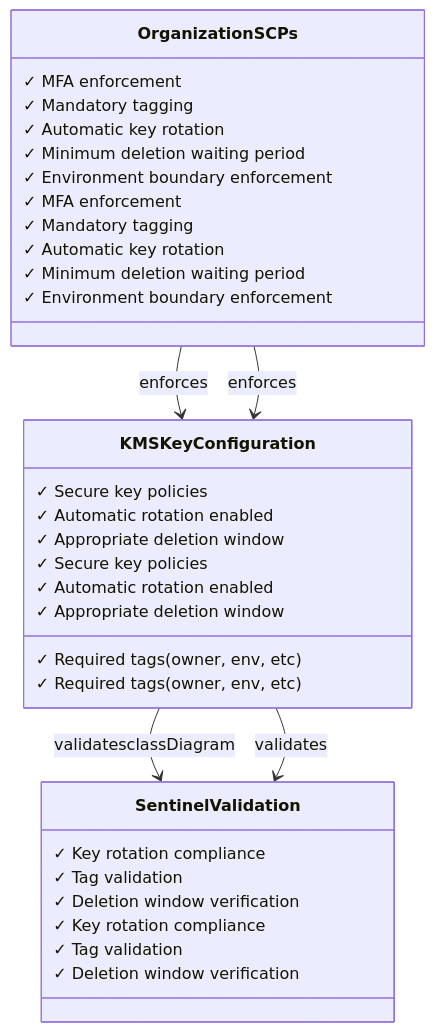
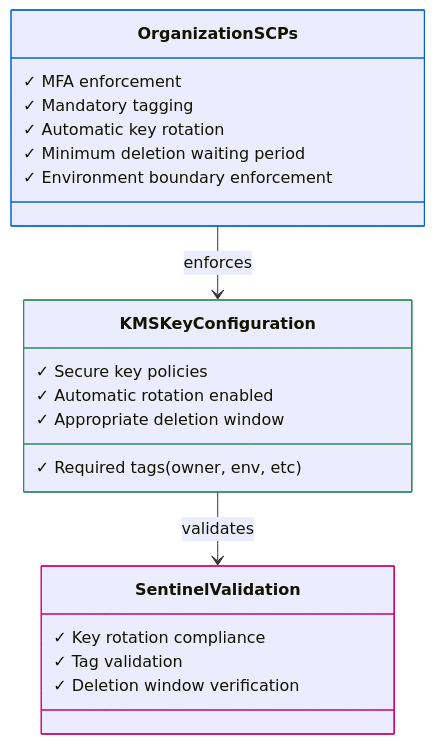
Before and after one commit to Searge/aws_kms: the diagram in kms/README.md, drawn with Mermaid.

Commit message:
fix(docs): Clean up mermaid diagram

````diff
--- a/kms/README.md
+++ b/kms/README.md
@@ -16,49 +16,30 @@
 ```mermaid
 classDiagram
     class OrganizationSCPs {
         ✓ MFA enforcement
         ✓ Mandatory tagging
         ✓ Automatic key rotation
         ✓ Minimum deletion waiting period
         ✓ Environment boundary enforcement
     }
 
     class KMSKeyConfiguration {
         ✓ Secure key policies
         ✓ Required tags (owner, env, etc)
         ✓ Automatic rotation enabled
         ✓ Appropriate deletion window
     }
 
     class SentinelValidation {
         ✓ Key rotation compliance
         ✓ Tag validation
         ✓ Deletion window verification
     }
 
     OrganizationSCPs --> KMSKeyConfiguration : enforces
-    KMSKeyConfiguration --> SentinelValidation : validatesclassDiagram
-    class OrganizationSCPs {
-        ✓ MFA enforcement
-        ✓ Mandatory tagging
-        ✓ Automatic key rotation
-        ✓ Minimum deletion waiting period
-        ✓ Environment boundary enforcement
-    }
+    KMSKeyConfiguration --> SentinelValidation : validates
 
-    class KMSKeyConfiguration {
-        ✓ Secure key policies
-        ✓ Required tags (owner, env, etc)
-        ✓ Automatic rotation enabled
-        ✓ Appropriate deletion window
-    }
-
-    class SentinelValidation {
-        ✓ Key rotation compliance
-        ✓ Tag validation
-        ✓ Deletion window verification
-    }
-
-    OrganizationSCPs --> KMSKeyConfiguration : enforces
-    KMSKeyConfiguration --> SentinelValidation : validates
+    style OrganizationSCPs stroke:#0066cc
+    style KMSKeyConfiguration stroke:#2e8b57
+    style SentinelValidation stroke:#cc0066
 ```
````
